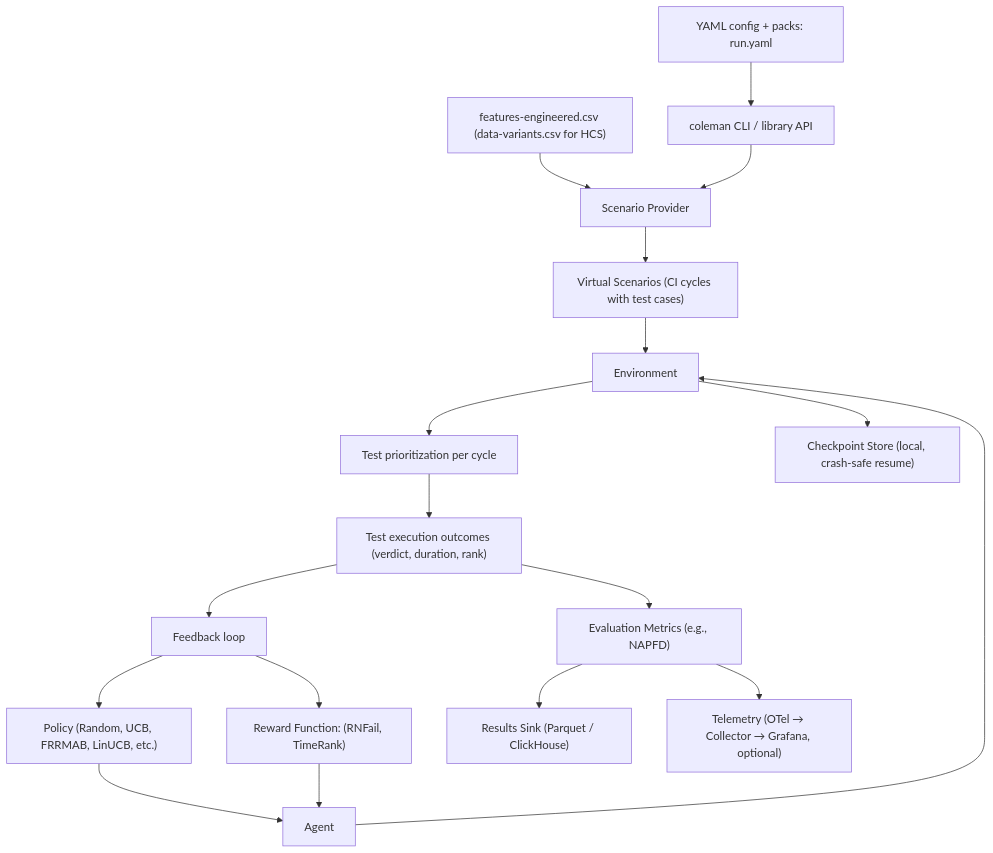
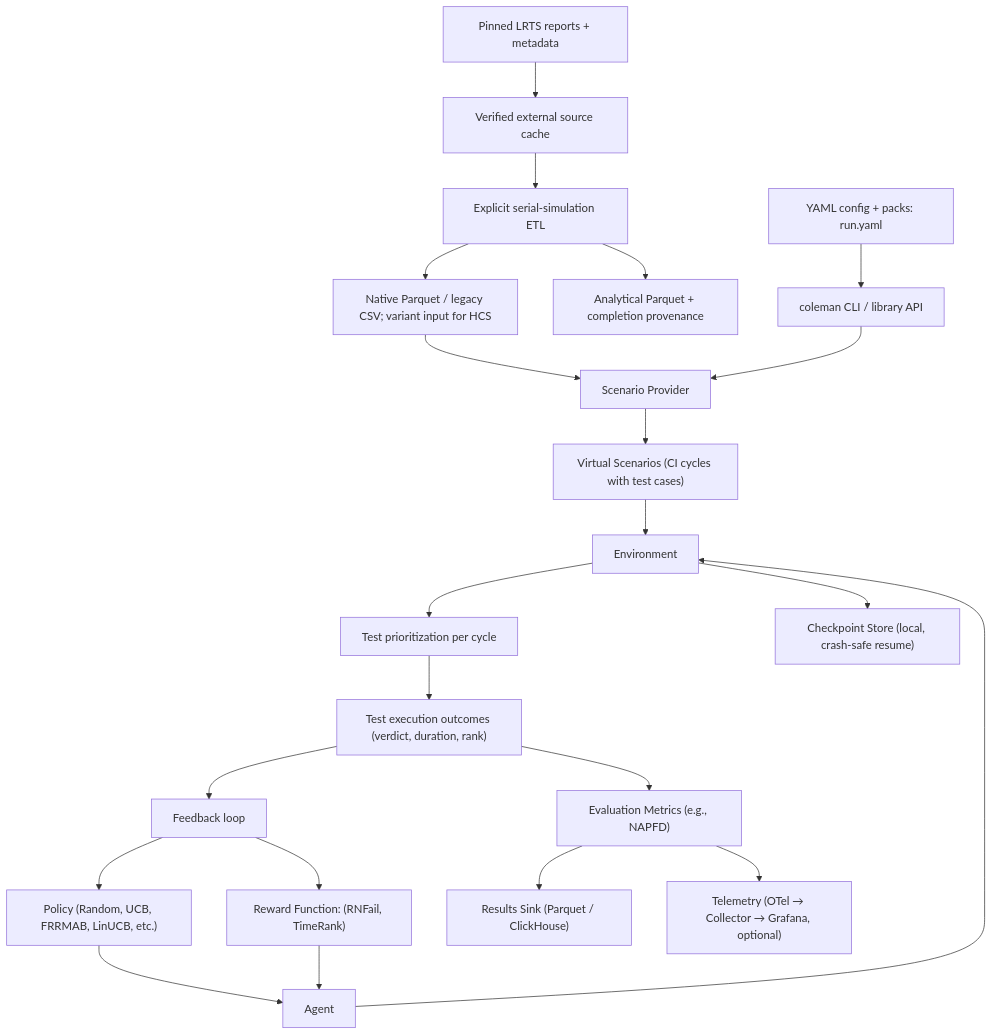
Before and after one commit to jacksonpradolima/coleman4hcs: the diagram in README.md, drawn with Mermaid. The commit also changed other lines of this file and 1 other file, not shown here.

````diff
--- a/README.md
+++ b/README.md
@@ -709,25 +728,29 @@
 ```mermaid
 flowchart TD
     A[YAML config + packs: run.yaml] --> B[coleman CLI / library API]
-    C["features-engineered.csv (data-variants.csv for HCS)"] --> D[Scenario Provider]
+    R[Pinned LRTS reports + metadata] --> S[Verified external source cache]
+    S --> T[Explicit serial-simulation ETL]
+    T --> U[Analytical Parquet + completion provenance]
+    T --> C["Native Parquet / legacy CSV; variant input for HCS"]
+    C --> D[Scenario Provider]
     B --> D
 
     D --> E["Virtual Scenarios (CI cycles with test cases)"]
     E --> F[Environment]
 
     G["Policy (Random, UCB, FRRMAB, LinUCB, etc.)"] --> H[Agent]
     I["Reward Function: (RNFail, TimeRank)"] --> H
     H --> F
 
     F --> J[Test prioritization per cycle]
     J --> K["Test execution outcomes (verdict, duration, rank)"]
     K --> L["Evaluation Metrics (e.g., NAPFD)"]
     L --> M["Results Sink (Parquet / ClickHouse)"]
     L --> P["Telemetry (OTel → Collector → Grafana, optional)"]
 
     F --> Q["Checkpoint Store (local, crash-safe resume)"]
 
     K --> O[Feedback loop]
     O --> I
     O --> G
 ```
````
